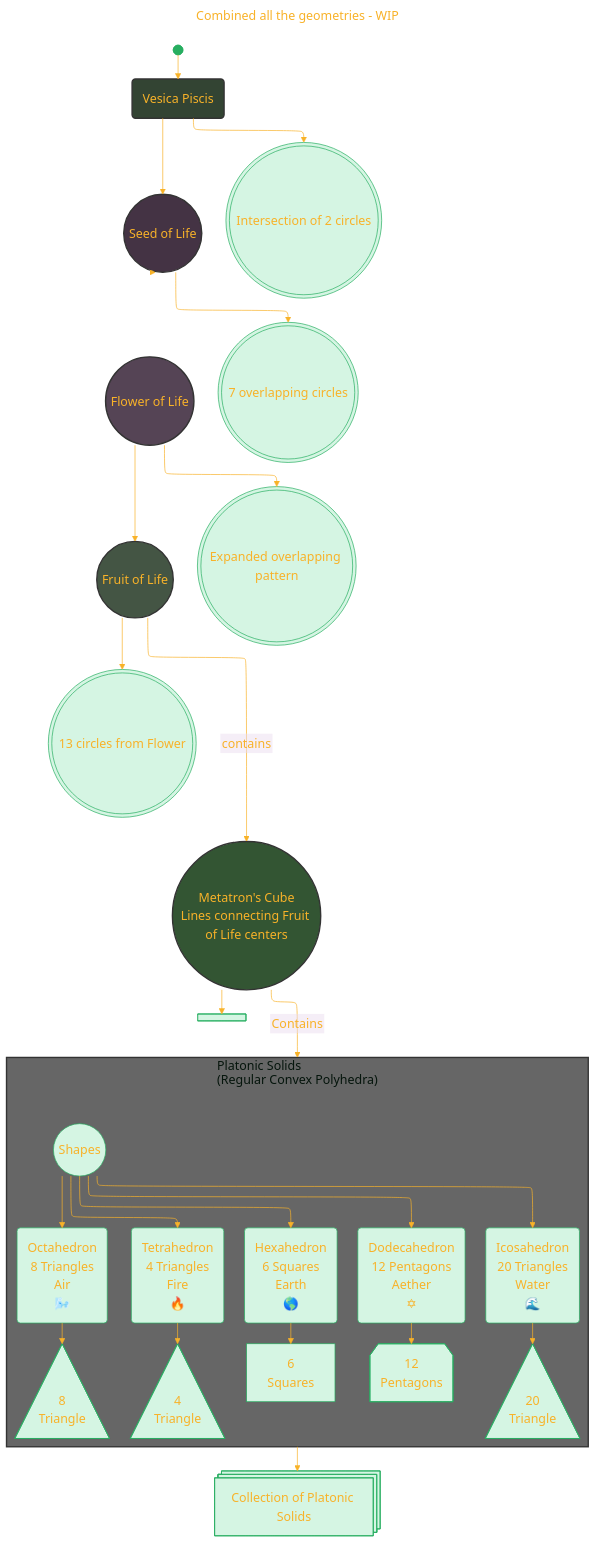
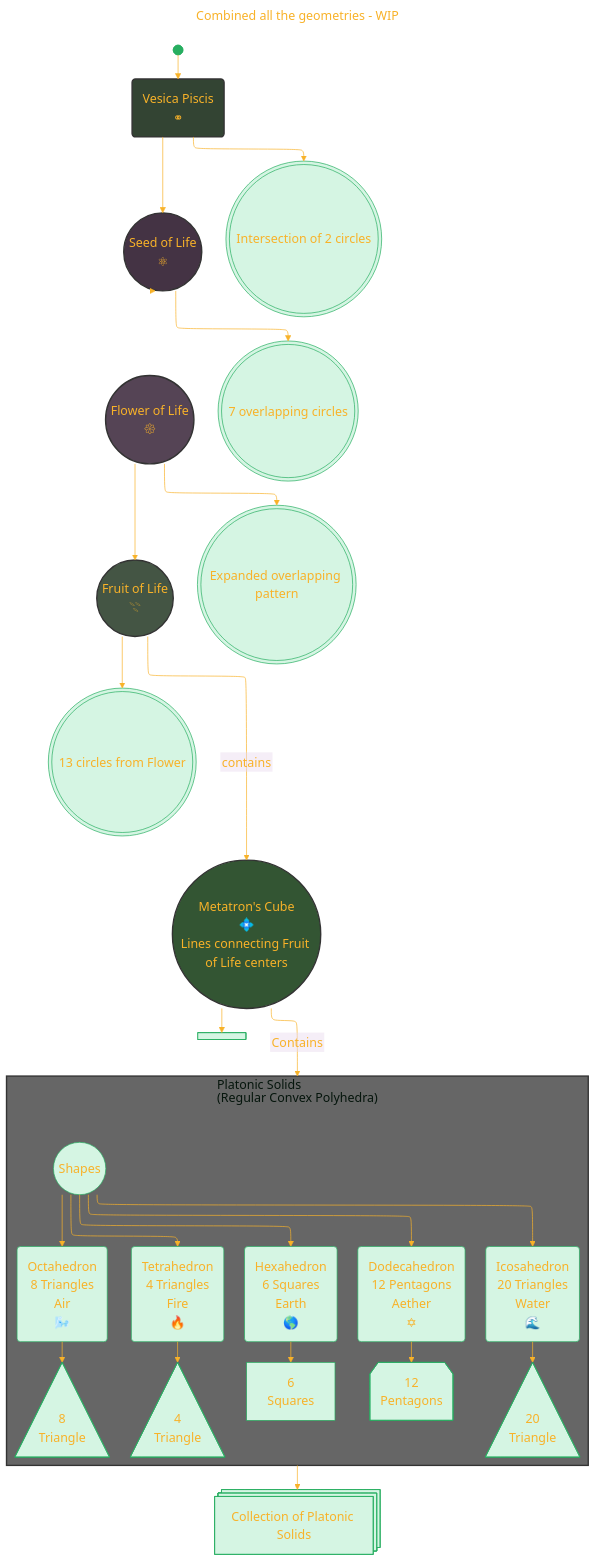
Before and after one commit to CongLeSolutionX/Harmonic_Atomica: the fifth of 6 diagrams in Understanding_Sacred_Geometry.md, drawn with Mermaid. The commit also changed other lines of this file, not shown here.

Commit message:
update notes

```diff
--- a/Understanding_Sacred_Geometry.md
+++ b/Understanding_Sacred_Geometry.md
@@ -368,11 +368,11 @@
 }%%
 flowchart TD
 	A_0@{ shape: f-circ, label: "The Initial Beginning" }
-    Vesica_Piscis("Vesica Piscis")
-    Seed_of_Life(("Seed of Life"))
-    Flower_of_Life(("Flower of Life"))
-    Fruit_of_Life(("Fruit of Life"))
-    Metatron_Cube(("Metatron's Cube<br/>Lines connecting Fruit of Life centers"))
+    Vesica_Piscis("Vesica Piscis<br/>⚭")
+    Seed_of_Life(("Seed of Life<br/>⚛"))
+    Flower_of_Life(("Flower of Life<br/>𑁍"))
+    Fruit_of_Life(("Fruit of Life<br/>𓇢"))
+    Metatron_Cube(("Metatron's Cube<br/>💠<br/>Lines connecting Fruit of Life centers"))
     Platonic_Solids["Platonic Solids"]
 
 	A_0 --> Vesica_Piscis
```
